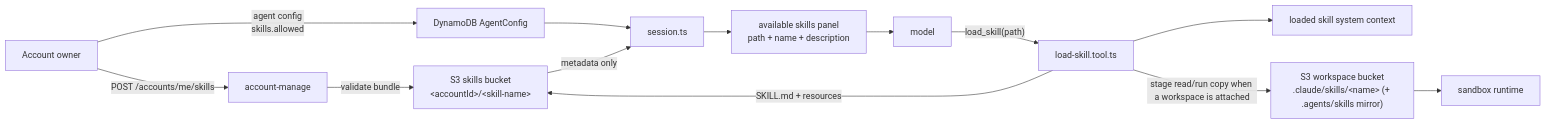
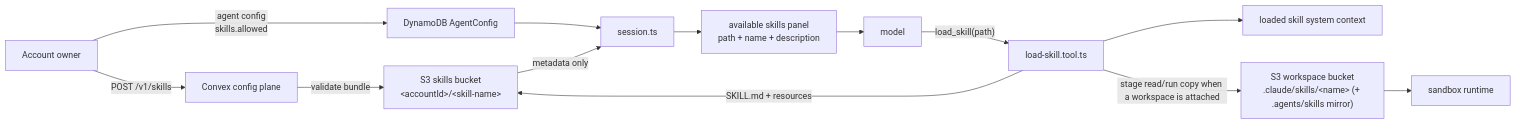
One commit to beeblastco/broods changed the first of 2 diagrams in apps/docs/docs/skills.md. Above: the diagram before and after it, drawn with Mermaid. The commit also changed other lines of this file and 45 other files, not shown here.

Commit message:
feat: route config CRUD through Convex HTTP

````diff
--- a/apps/docs/docs/skills.md
+++ b/apps/docs/docs/skills.md
@@ -7,15 +7,15 @@
 ```mermaid
 flowchart LR
-  Owner["Account owner"] -->|"POST /accounts/me/skills"| Manage["account-manage"]
-  Manage -->|"validate bundle"| SkillStore["S3 skills bucket<br/>&lt;accountId&gt;/&lt;skill-name&gt;"]
+  Owner["Account owner"] -->|"POST /v1/skills"| Config["Convex config plane"]
+  Config -->|"validate bundle"| SkillStore["S3 skills bucket<br/>&lt;accountId&gt;/&lt;skill-name&gt;"]
   Owner -->|"agent config<br/>skills.allowed"| AgentConfig["DynamoDB AgentConfig"]
   AgentConfig --> Session["session.ts"]
   SkillStore -->|"metadata only"| Session
   Session --> Prompt["available skills panel<br/>path + name + description"]
   Prompt --> Model["model"]
   Model -->|"load_skill(path)"| Loader["load-skill.tool.ts"]
   Loader -->|"SKILL.md + resources"| SkillStore
   Loader --> Loaded["loaded skill system context"]
   Loader -->|"stage read/run copy when a workspace is attached"| Workspace["S3 workspace bucket<br/>.claude/skills/&lt;name&gt; (+ .agents/skills mirror)"]
   Workspace --> Sandbox["sandbox runtime"]
 ```
````
